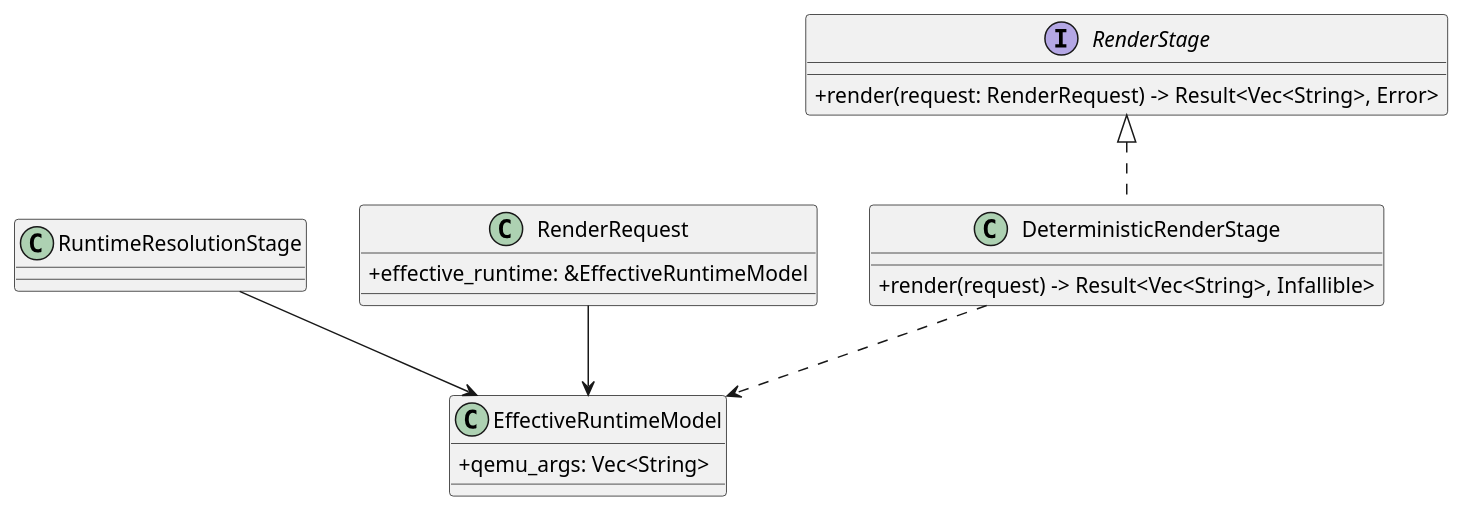
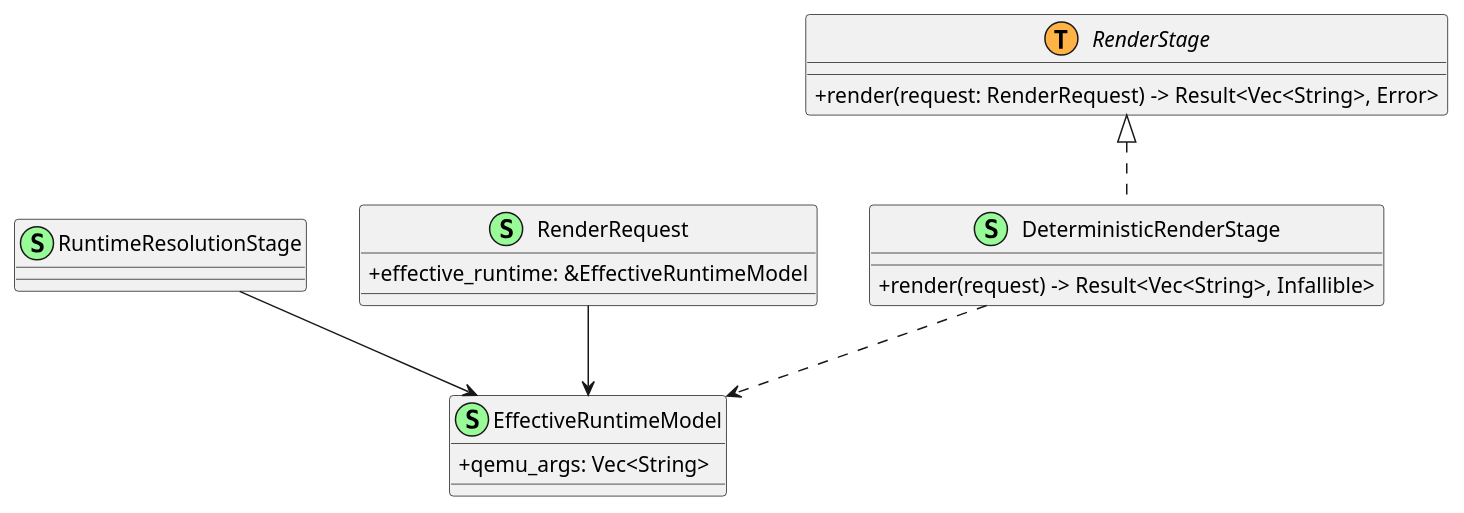
One commit to hurenkam/ezkvm changed the first of 2 diagrams in doc/dev/architecture/design/runtime-resolution-and-render-stage.md. Above: the diagram before and after it, drawn with PlantUML. The commit also changed 3 other files, not shown here.

Commit message:
improved class diagrams

````diff
--- a/doc/dev/architecture/design/runtime-resolution-and-render-stage.md
+++ b/doc/dev/architecture/design/runtime-resolution-and-render-stage.md
@@ -17,28 +17,28 @@
 ```plantuml
 @startuml
 skinparam classAttributeIconSize 0
 
-class RuntimeResolutionStage
+class RuntimeResolutionStage << (S,#98FB98) >>
 
-class EffectiveRuntimeModel {
+class EffectiveRuntimeModel << (S,#98FB98) >> {
   +qemu_args: Vec<String>
 }
 
-class RenderRequest {
+class RenderRequest << (S,#98FB98) >> {
   +effective_runtime: &EffectiveRuntimeModel
 }
 
-interface RenderStage {
+interface RenderStage << (T,#FFB347) >> {
   +render(request: RenderRequest) -> Result<Vec<String>, Error>
 }
 
-class DeterministicRenderStage {
+class DeterministicRenderStage << (S,#98FB98) >> {
   +render(request) -> Result<Vec<String>, Infallible>
 }
 
 RuntimeResolutionStage --> EffectiveRuntimeModel
 RenderRequest --> EffectiveRuntimeModel
 RenderStage <|.. DeterministicRenderStage
 DeterministicRenderStage ..> EffectiveRuntimeModel
 @enduml
 ```
````
